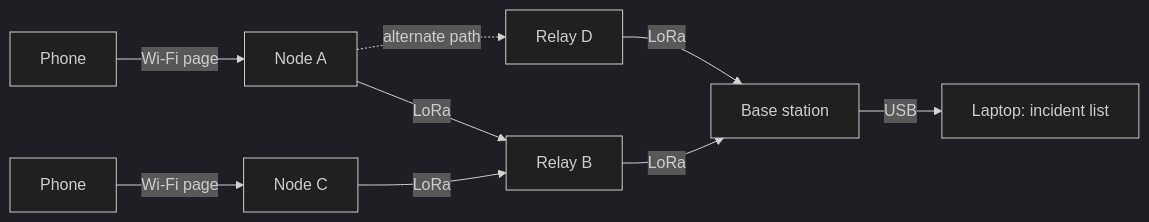
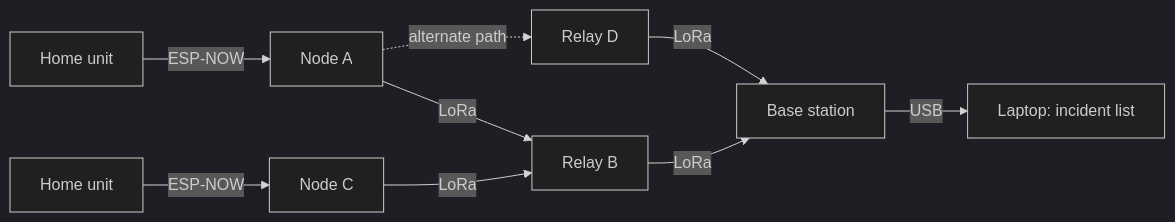
One commit to manit-bhasin/Shistech_Lvis changed the first of 3 diagrams in README.md. Above: the diagram before and after it, drawn with Mermaid (dark theme). The commit also changed other lines of this file and 10 other files, not shown here.

First line of the commit message:
Docs: ESP-NOW home units, 2021 radio rules, source fixes

````diff
--- a/README.md
+++ b/README.md
@@ -96,11 +97,11 @@
 ```mermaid
 flowchart LR
-    P1[Phone] -- Wi-Fi page --> N1[Node A]
-    P2[Phone] -- Wi-Fi page --> N3[Node C]
+    H1[Home unit] -- ESP-NOW --> N1[Node A]
+    H2[Home unit] -- ESP-NOW --> N3[Node C]
     N1 -- LoRa --> N2[Relay B]
     N3 -- LoRa --> N2
     N1 -. alternate path .-> N4[Relay D]
     N4 -- LoRa --> B[Base station]
     N2 -- LoRa --> B
     B -- USB --> L[Laptop: incident list]
 ```
````
